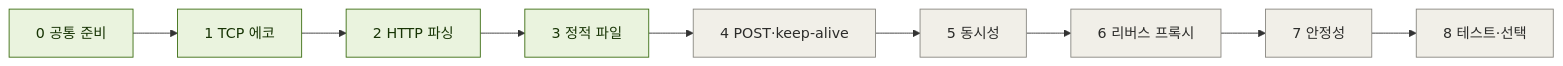
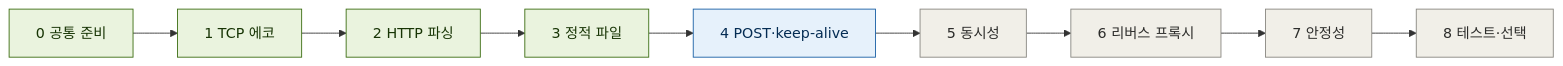
One commit to hnjee/mini-webserver changed the diagram in docs/progress.md. Above: the diagram before and after it, drawn with Mermaid. The commit also changed other lines of this file and 17 other files, not shown here.

````diff
--- a/docs/progress.md
+++ b/docs/progress.md
@@ -7,12 +7,13 @@
 ```mermaid
 flowchart LR
     S0["0 공통 준비"] --> S1["1 TCP 에코"] --> S2["2 HTTP 파싱"] --> S3["3 정적 파일"] --> S4["4 POST·keep-alive"]
     S4 --> S5["5 동시성"] --> S6["6 리버스 프록시"] --> S7["7 안정성"] --> S8["8 테스트·선택"]
 
     classDef todo fill:#F1EFE8,stroke:#888780,color:#2C2C2A
     classDef doing fill:#E6F1FB,stroke:#185FA5,color:#042C53
     classDef done fill:#EAF3DE,stroke:#3B6D11,color:#173404
     classDef blocked fill:#FCEBEB,stroke:#A32D2D,color:#501313
     class S0,S1,S2,S3 done
-    class S4,S5,S6,S7,S8 todo
+    class S4 doing
+    class S5,S6,S7,S8 todo
 ```
````
